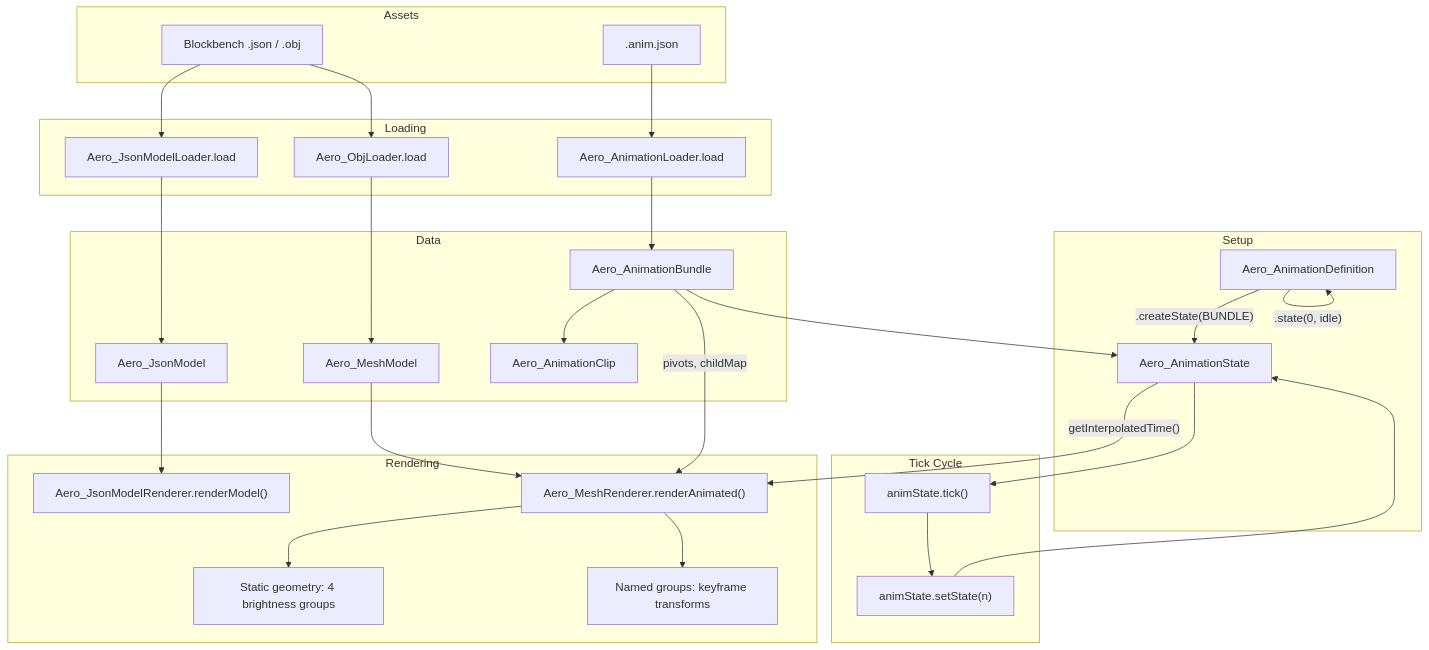
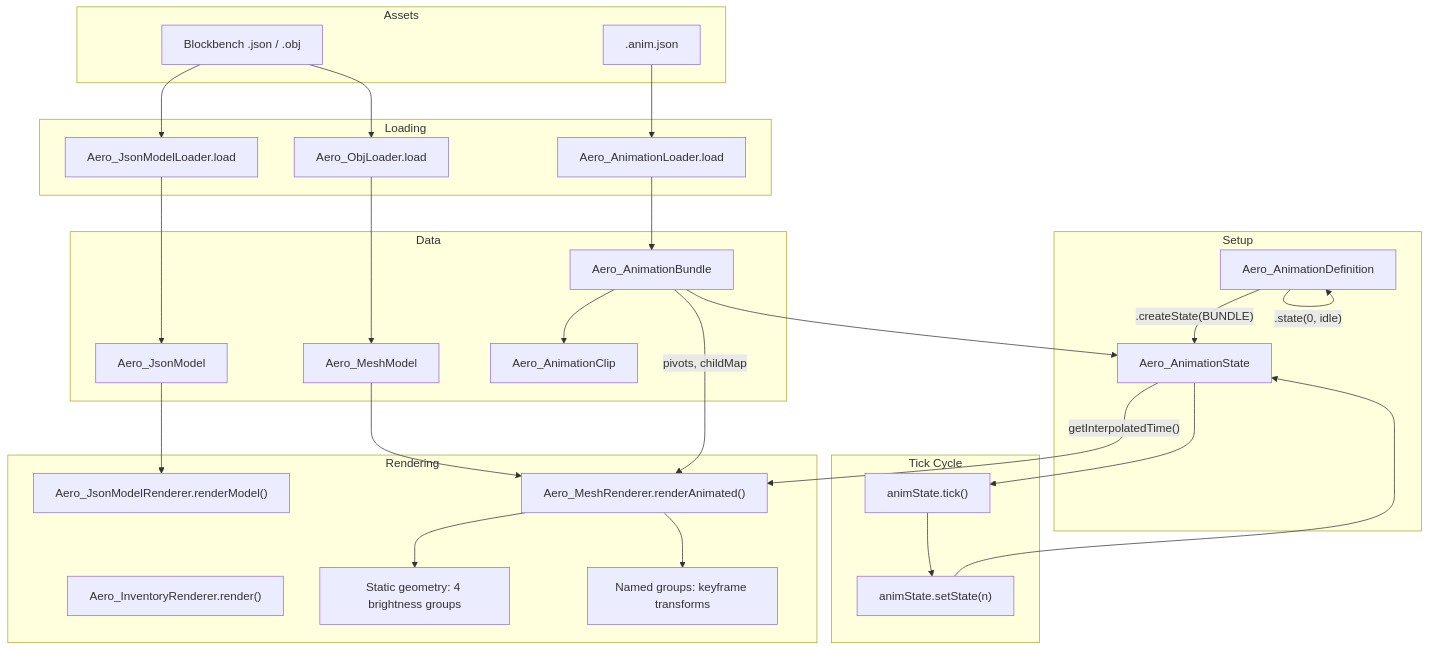
The second of 5 diagrams in DOC.md (lucasrgt/aero-model-lib), drawn with Mermaid before and after one commit. The commit also changed other lines of this file and 4 other files, not shown here.

First line of the commit message:
feat: add Aero_InventoryRenderer for centralized inventory thumbnails

````diff
--- a/DOC.md
+++ b/DOC.md
@@ -115,56 +116,57 @@
 ```mermaid
 flowchart TD
     subgraph Assets
         BB[Blockbench .json / .obj]
         AJ[.anim.json]
     end
 
     subgraph Loading
         ML[Aero_JsonModelLoader.load]
         OL[Aero_ObjLoader.load]
         AL[Aero_AnimationLoader.load]
     end
 
     subgraph Data
         M[Aero_JsonModel]
         MM[Aero_MeshModel]
         AB[Aero_AnimationBundle]
         AC[Aero_AnimationClip]
     end
 
     subgraph Setup
         AD[Aero_AnimationDefinition]
         AS[Aero_AnimationState]
     end
 
     subgraph TickCycle[Tick Cycle]
         T["animState.tick()"]
         SS["animState.setState(n)"]
     end
 
     subgraph Rendering
         RM["Aero_JsonModelRenderer.renderModel()"]
         MR["Aero_MeshRenderer.renderAnimated()"]
+        IR2["Aero_InventoryRenderer.render()"]
         SG[Static geometry: 4 brightness groups]
         NG[Named groups: keyframe transforms]
     end
 
     BB --> ML --> M
     BB --> OL --> MM
     AJ --> AL --> AB --> AC
 
     AD -- ".state(0, idle)" --> AD
     AD -- ".createState(BUNDLE)" --> AS
     AB --> AS
 
     AS --> T --> SS
     SS --> AS
 
     M --> RM
     MM --> MR
     AS -- "getInterpolatedTime()" --> MR
     AB -- "pivots, childMap" --> MR
 
     MR --> SG
     MR --> NG
 ```
````
